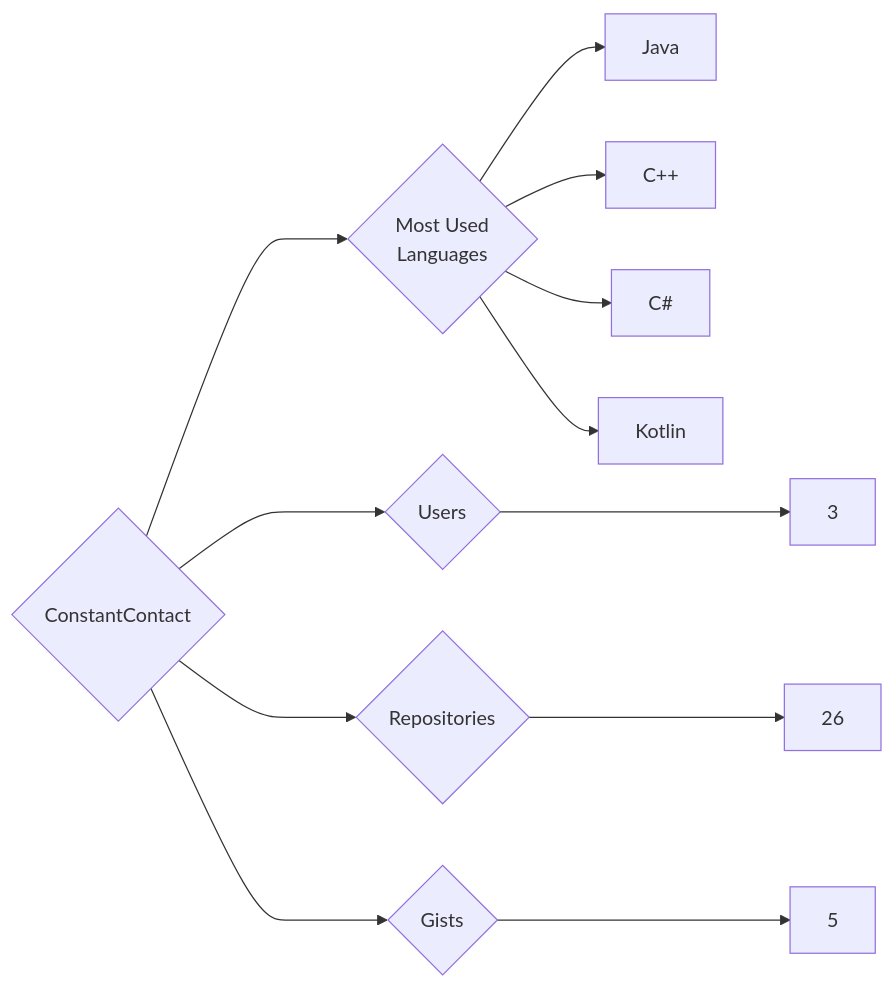
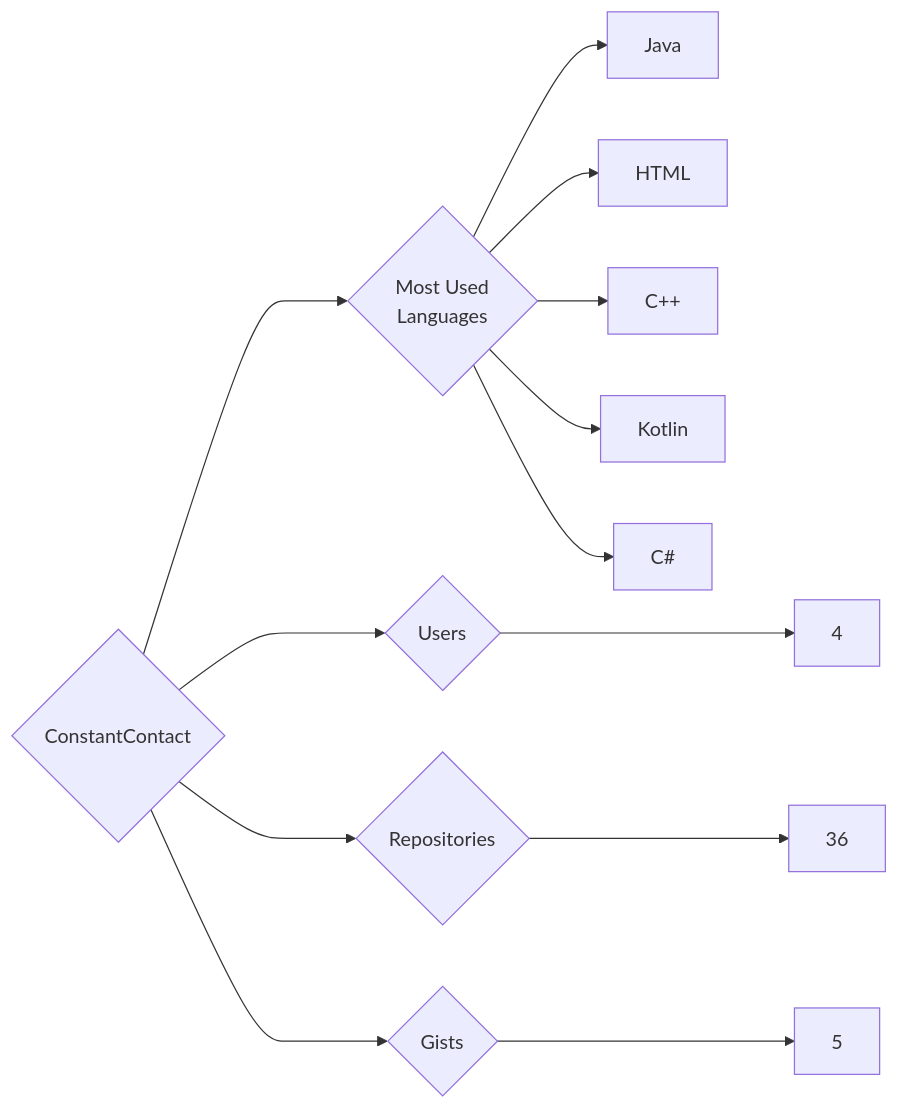
Before and after one commit to trickest/insiders: the diagram in targets/ConstantContact/README.md, drawn with Mermaid. The commit also changed 985 other files, not shown here.

````diff
--- a/targets/ConstantContact/README.md
+++ b/targets/ConstantContact/README.md
@@ -3,12 +3,13 @@
 ```mermaid
 graph LR
 COMPANY_NAME{ConstantContact}
-COMPANY_NAME ---> U{Users} ---> UN[3]
-COMPANY_NAME ---> R{Repositories} ---> RN[26]
+COMPANY_NAME ---> U{Users} ---> UN[4]
+COMPANY_NAME ---> R{Repositories} ---> RN[36]
 COMPANY_NAME ---> G{Gists} ---> GN[5]
 COMPANY_NAME ---> ML{Most Used<br>Languages}
 ML --> Java[Java]
+ML --> HTML[HTML]
 ML --> C++[C++]
+ML --> Kotlin[Kotlin]
 ML --> C#[C#]
-ML --> Kotlin[Kotlin]
 ```
````
